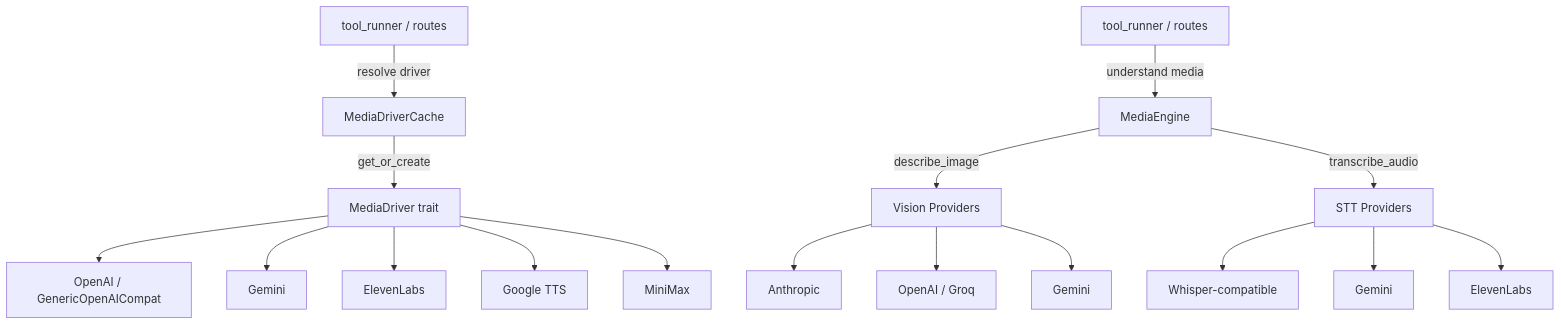
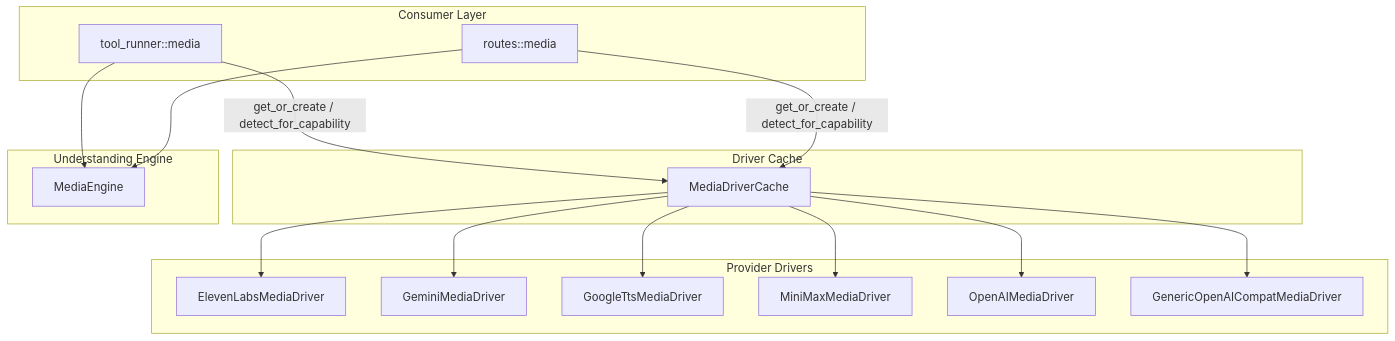
Before and after one commit to leszek3737/librefang-WIki: the diagram in agent-runtime-librefang-runtime-media-src.md, drawn with Mermaid. The commit also changed other lines of this file and 126 other files, not shown here.

````diff
--- a/agent-runtime-librefang-runtime-media-src.md
+++ b/agent-runtime-librefang-runtime-media-src.md
@@ -14,20 +9,30 @@
 ```mermaid
 graph TD
-    TC[tool_runner / routes] -->|resolve driver| Cache[MediaDriverCache]
-    Cache -->|get_or_create| Trait[MediaDriver trait]
-    Trait --> OA[OpenAI / GenericOpenAICompat]
-    Trait --> GEM[Gemini]
-    Trait --> EL[ElevenLabs]
-    Trait --> GT[Google TTS]
-    Trait --> MM[MiniMax]
+    subgraph "Consumer Layer"
+        A[tool_runner::media]
+        B[routes::media]
+    end
 
-    TC2[tool_runner / routes] -->|understand media| Engine[MediaEngine]
-    Engine -->|describe_image| VProv[Vision Providers]
-    Engine -->|transcribe_audio| SProv[STT Providers]
-    VProv --> Anth[Anthropic]
-    VProv --> OAI[OpenAI / Groq]
-    VProv --> GEM2[Gemini]
-    SProv --> WH[Whisper-compatible]
-    SProv --> GEM3[Gemini]
-    SProv --> EL2[ElevenLabs]
+    subgraph "Driver Cache"
+        C[MediaDriverCache]
+    end
+
+    subgraph "Provider Drivers"
+        D[ElevenLabsMediaDriver]
+        E[GeminiMediaDriver]
+        F[GoogleTtsMediaDriver]
+        G[MiniMaxMediaDriver]
+        H[OpenAIMediaDriver]
+        I[GenericOpenAICompatMediaDriver]
+    end
+
+    subgraph "Understanding Engine"
+        J[MediaEngine]
+    end
+
+    A -->|get_or_create / detect_for_capability| C
+    B -->|get_or_create / detect_for_capability| C
+    C --> D & E & F & G & H & I
+    A --> J
+    B --> J
 ```
````
